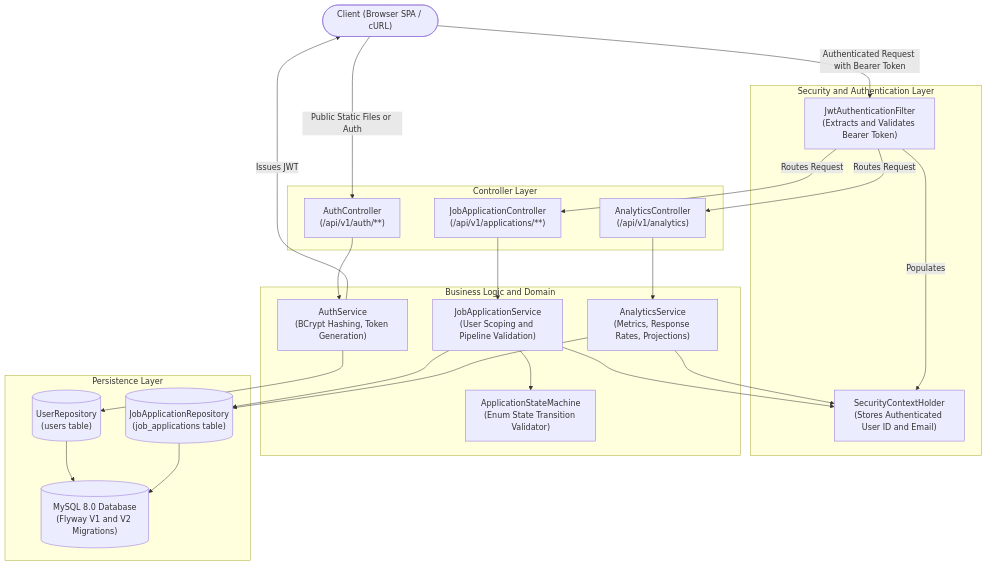
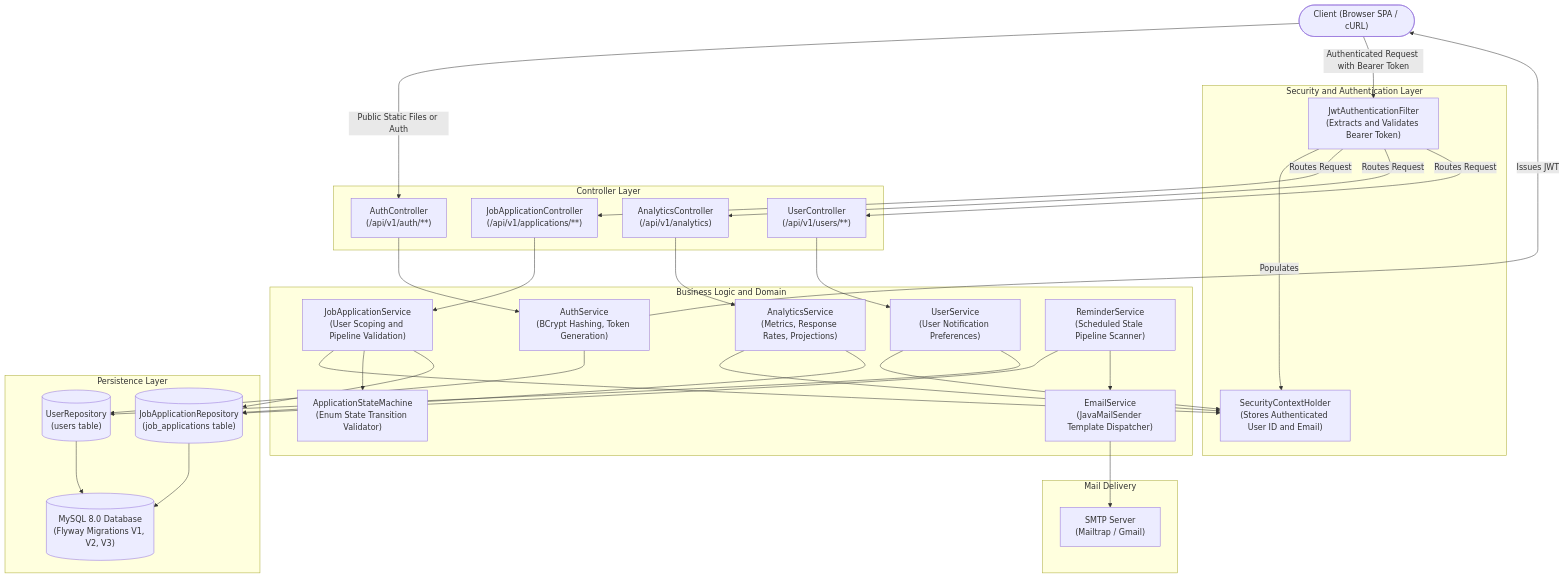
One commit to pbanakar/huntlog changed the first of 5 diagrams in ARCHITECTURE.md. Above: the diagram before and after it, drawn with Mermaid. The commit also changed other lines of this file and 19 other files, not shown here.

Commit message:
feat(reminders): add scheduled email follow-up reminders and user preferences

````diff
--- a/ARCHITECTURE.md
+++ b/ARCHITECTURE.md
@@ -11,50 +11,67 @@
 ```mermaid
 flowchart TD
     Client(["Client (Browser SPA / cURL)"])
     
     subgraph SpringSecurity ["Security and Authentication Layer"]
         JwtFilter["JwtAuthenticationFilter\n(Extracts and Validates Bearer Token)"]
         SecurityCtx["SecurityContextHolder\n(Stores Authenticated User ID and Email)"]
     end
 
     subgraph ControllerLayer ["Controller Layer"]
         AuthCtrl["AuthController\n(/api/v1/auth/**)"]
         AppCtrl["JobApplicationController\n(/api/v1/applications/**)"]
         AnalyticsCtrl["AnalyticsController\n(/api/v1/analytics)"]
+        UserCtrl["UserController\n(/api/v1/users/**)"]
     end
 
     subgraph ServiceLayer ["Business Logic and Domain"]
         AuthService["AuthService\n(BCrypt Hashing, Token Generation)"]
         AppService["JobApplicationService\n(User Scoping and Pipeline Validation)"]
         AnalyticsService["AnalyticsService\n(Metrics, Response Rates, Projections)"]
+        UserService["UserService\n(User Notification Preferences)"]
+        ReminderService["ReminderService\n(Scheduled Stale Pipeline Scanner)"]
+        EmailService["EmailService\n(JavaMailSender Template Dispatcher)"]
         StateMachine["ApplicationStateMachine\n(Enum State Transition Validator)"]
     end
 
     subgraph PersistenceLayer ["Persistence Layer"]
         UserRepo[("UserRepository\n(users table)")]
         AppRepo[("JobApplicationRepository\n(job_applications table)")]
-        MySQL[("MySQL 8.0 Database\n(Flyway V1 and V2 Migrations)")]
+        MySQL[("MySQL 8.0 Database\n(Flyway Migrations V1, V2, V3)")]
+    end
+
+    subgraph ExternalMail ["Mail Delivery"]
+        SMTP["SMTP Server\n(Mailtrap / Gmail)"]
     end
 
     Client -->|Public Static Files or Auth| AuthCtrl
     Client -->|Authenticated Request with Bearer Token| JwtFilter
     JwtFilter -->|Populates| SecurityCtx
     JwtFilter -->|Routes Request| AppCtrl
     JwtFilter -->|Routes Request| AnalyticsCtrl
+    JwtFilter -->|Routes Request| UserCtrl
     
     AuthCtrl --> AuthService
     AuthService --> UserRepo
     AuthService -->|Issues JWT| Client
     
     AppCtrl --> AppService
     AppService --> SecurityCtx
     AppService --> StateMachine
     AppService --> AppRepo
+
+    UserCtrl --> UserService
+    UserService --> SecurityCtx
+    UserService --> UserRepo
     
     AnalyticsCtrl --> AnalyticsService
     AnalyticsService --> SecurityCtx
     AnalyticsService --> AppRepo
+
+    ReminderService --> AppRepo
+    ReminderService --> EmailService
+    EmailService --> SMTP
     
     UserRepo --> MySQL
     AppRepo --> MySQL
 ```
````
